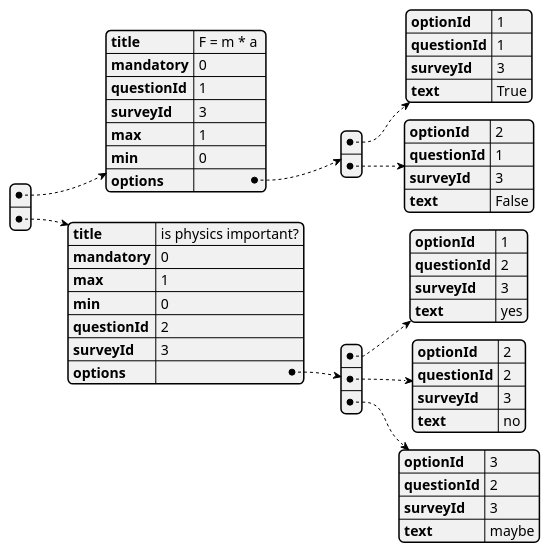
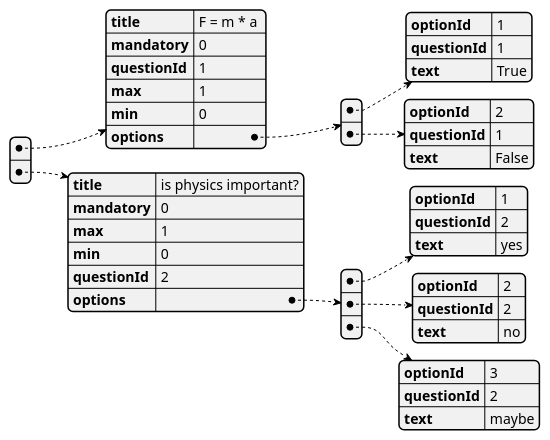
One commit to MattiaRiola/WA1_exam_survey changed the third of 6 diagrams in README.md. Above: the diagram before and after it, drawn with PlantUML. The commit also changed other lines of this file and 1 other file, not shown here.

Commit message:
fix: change questions vector (delete in each question surveyId)

````diff
--- a/README.md
+++ b/README.md
@@ -58,5 +58,5 @@
 ```plantuml
 @startjson
-[{"title":"F = m * a ","mandatory":0,"questionId":1,"surveyId":3,"max":1,"min":0,"options":[{"optionId":1,"questionId":1,"surveyId":3,"text":"True"},{"optionId":2,"questionId":1,"surveyId":3,"text":"False"}]},{"title":"is physics important?","mandatory":0,"max":1,"min":0,"questionId":2,"surveyId":3,"options":[{"optionId":1,"questionId":2,"surveyId":3,"text":"yes"},{"optionId":2,"questionId":2,"surveyId":3,"text":"no"},{"optionId":3,"questionId":2,"surveyId":3,"text":"maybe"}]}]
+[{"title":"F = m * a ","mandatory":0,"questionId":1, "max":1,"min":0,"options":[{"optionId":1,"questionId":1, "text":"True"},{"optionId":2,"questionId":1, "text":"False"}]},{"title":"is physics important?","mandatory":0,"max":1,"min":0,"questionId":2, "options":[{"optionId":1,"questionId":2, "text":"yes"},{"optionId":2,"questionId":2, "text":"no"},{"optionId":3,"questionId":2, "text":"maybe"}]}]
 @endjson
 ```
````
